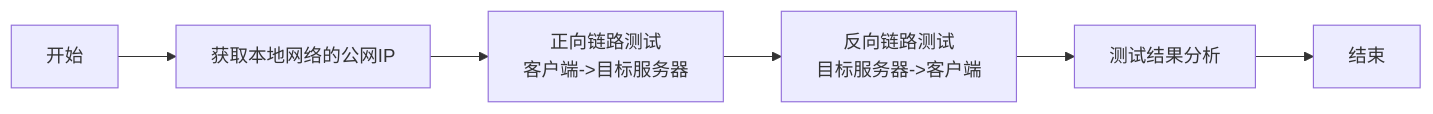
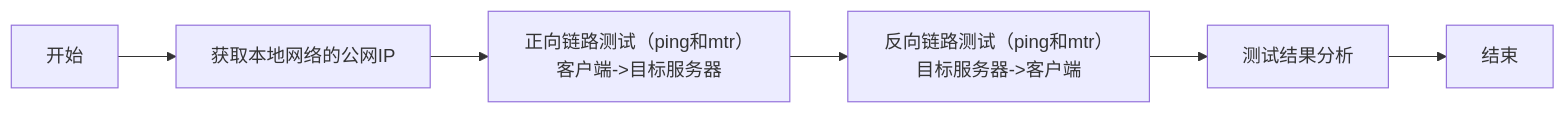
Before and after one commit to KaishinShaw/SRE_procedural_notes: the first of 2 diagrams in DevOps_Notes/Network_Path_Diagnostics_with_MTR.md, drawn with Mermaid.

````diff
--- a/DevOps_Notes/Network_Path_Diagnostics_with_MTR.md
+++ b/DevOps_Notes/Network_Path_Diagnostics_with_MTR.md
@@ -11,8 +11,8 @@
 ``` mermaid
 flowchart LR
     A[开始] --> B[获取本地网络的公网IP]
-    B --> C[正向链路测试\n客户端->目标服务器]
-    C --> D[反向链路测试\n目标服务器->客户端]
+    B --> C[正向链路测试（ping和mtr）客户端->目标服务器]
+    C --> D[反向链路测试（ping和mtr）目标服务器->客户端]
     D --> E[测试结果分析]
     E --> F[结束]
 ```
````
